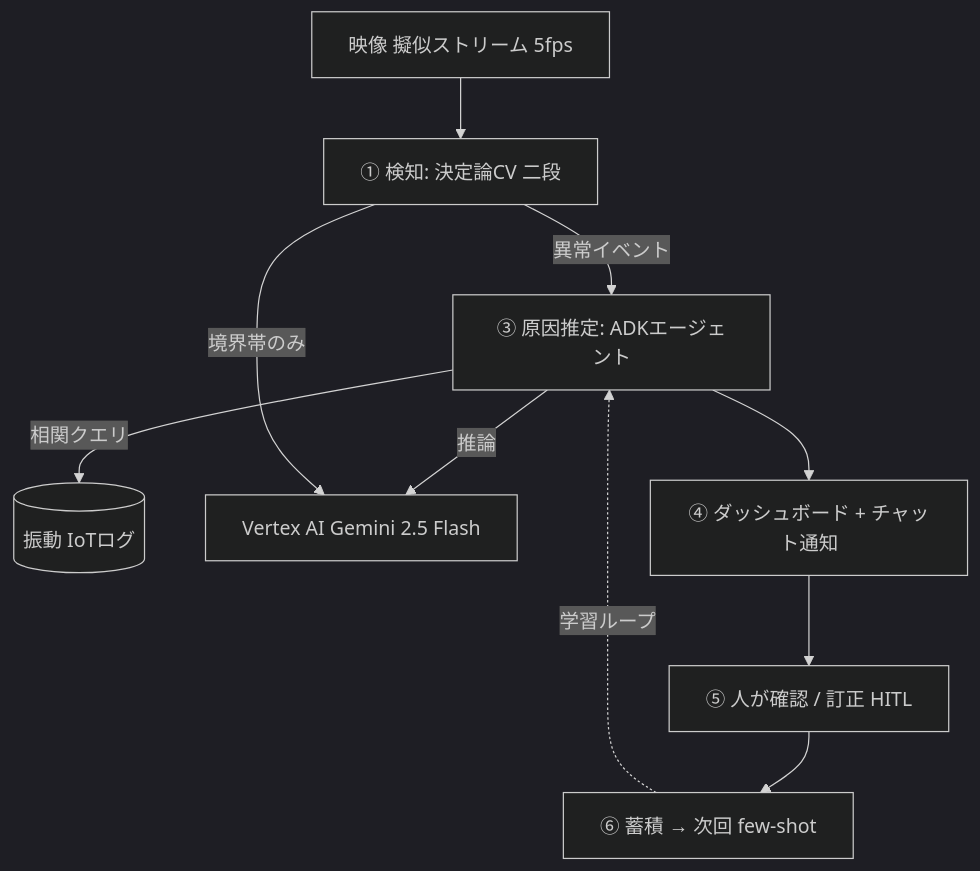
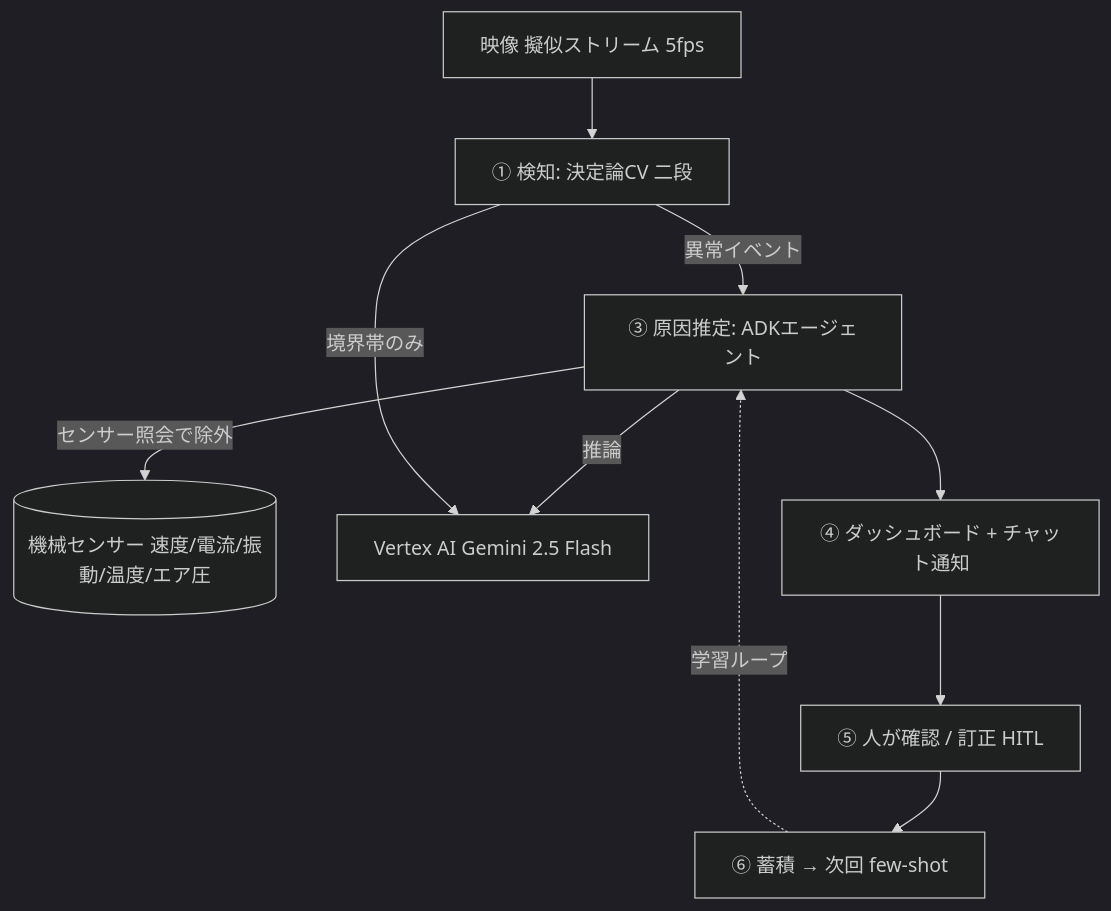
The diagram in articles/chokotei-anomaly-rca.md (ai-club-lab/e-andon), drawn with Mermaid (dark theme) before and after one commit. The commit also changed other lines of this file and 1 other file, not shown here.

````diff
--- a/articles/chokotei-anomaly-rca.md
+++ b/articles/chokotei-anomaly-rca.md
@@ -27,12 +27,12 @@
 ```mermaid
 flowchart TD
     V[映像 擬似ストリーム 5fps] --> D[① 検知: 決定論CV 二段]
     D -->|異常イベント| A[③ 原因推定: ADKエージェント]
-    A -->|相関クエリ| IOT[(振動 IoTログ)]
+    A -->|センサー照会で除外| IOT[(機械センサー 速度/電流/振動/温度/エア圧)]
     A -->|推論| G[Vertex AI Gemini 2.5 Flash]
     A --> C[④ ダッシュボード + チャット通知]
     C --> H[⑤ 人が確認 / 訂正 HITL]
     H --> L[⑥ 蓄積 → 次回 few-shot]
     L -.学習ループ.-> A
     D -->|境界帯のみ| G
 ```
````
